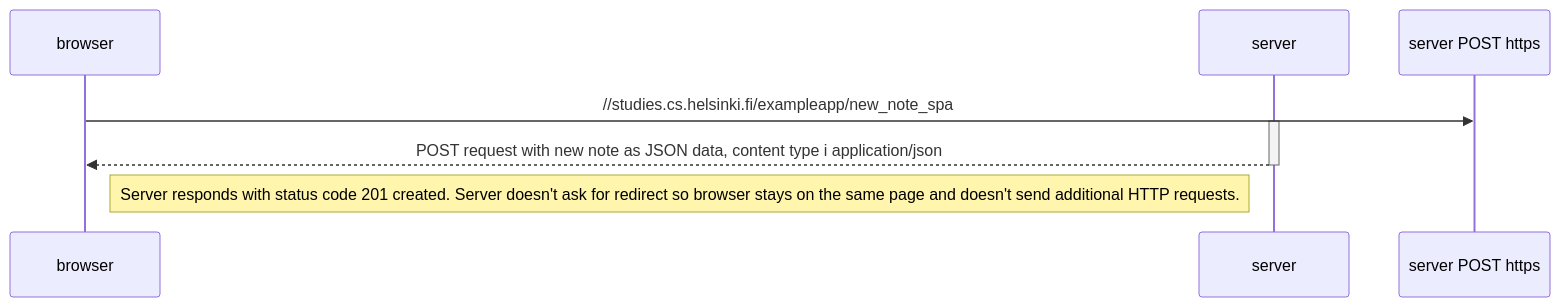
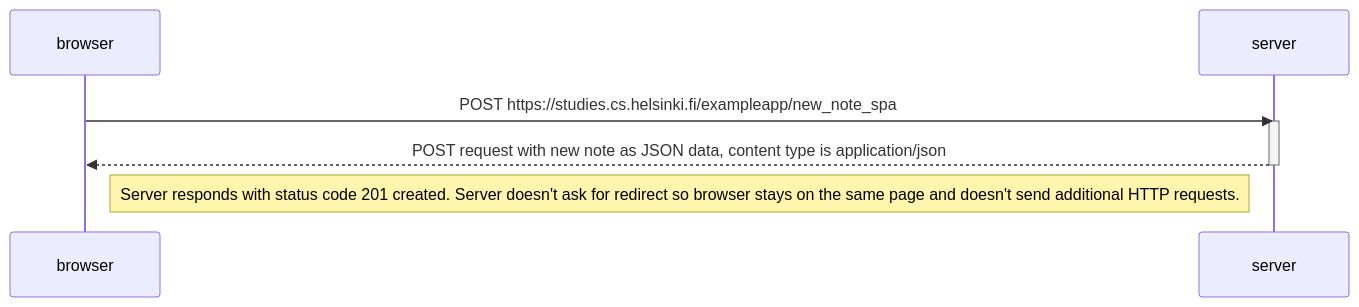
One commit to dnksebastian/fullstack-open changed the diagram in part0/06-newnote.md. Above: the diagram before and after it, drawn with Mermaid.

````diff
--- a/part0/06-newnote.md
+++ b/part0/06-newnote.md
@@ -1,12 +1,12 @@
 ```mermaid
 sequenceDiagram
     participant browser
     participant server
 
-    browser->>server POST https://studies.cs.helsinki.fi/exampleapp/new_note_spa
+    browser->>server: POST https://studies.cs.helsinki.fi/exampleapp/new_note_spa
     activate server
-    server-->>browser: POST request with new note as JSON data, content type i application/json
+    server-->>browser: POST request with new note as JSON data, content type is application/json
     deactivate server
 
     Note left of server: Server responds with status code 201 created. Server doesn't ask for redirect so browser stays on the same page and doesn't send additional HTTP requests.
 ```
````
